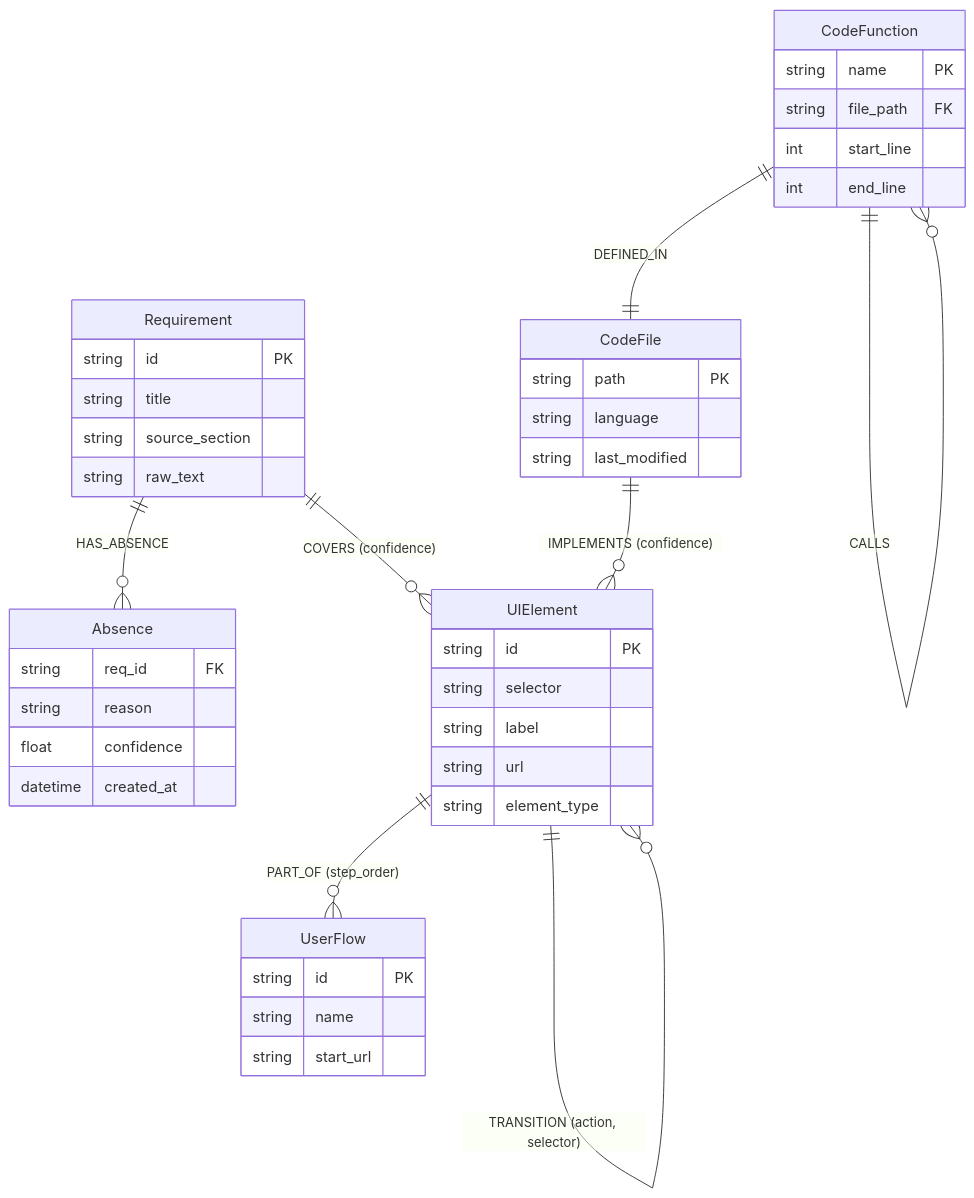
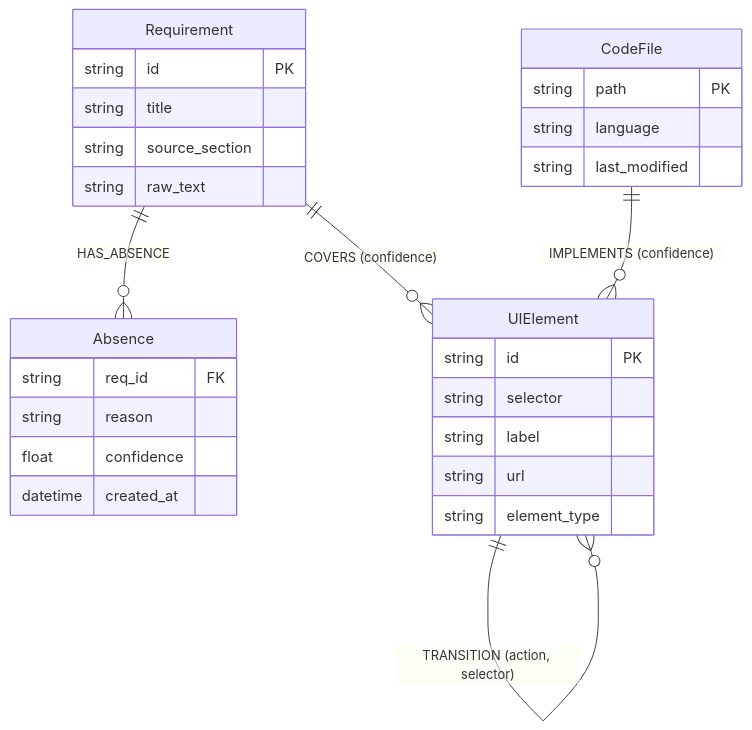
Before and after one commit to snowsanta/testsigma: the third of 10 diagrams in design_doc.md, drawn with Mermaid. The commit also changed other lines of this file and 12 other files, not shown here.

````diff
--- a/design_doc.md
+++ b/design_doc.md
@@ -141,46 +142,32 @@
 ```mermaid
 erDiagram
     Requirement {
         string id PK
         string title
         string source_section
         string raw_text
     }
     Absence {
         string req_id FK
         string reason
         float confidence
         datetime created_at
     }
     UIElement {
         string id PK
         string selector
         string label
         string url
         string element_type
     }
-    UserFlow {
-        string id PK
-        string name
-        string start_url
-    }
     CodeFile {
         string path PK
         string language
         string last_modified
     }
-    CodeFunction {
-        string name PK
-        string file_path FK
-        int start_line
-        int end_line
-    }
 
     Requirement ||--o{ Absence : "HAS_ABSENCE"
     Requirement ||--o{ UIElement : "COVERS (confidence)"
-    UIElement ||--o{ UserFlow : "PART_OF (step_order)"
     UIElement ||--o{ UIElement : "TRANSITION (action, selector)"
     CodeFile ||--o{ UIElement : "IMPLEMENTS (confidence)"
-    CodeFunction ||--o{ CodeFunction : "CALLS"
-    CodeFunction ||--|| CodeFile : "DEFINED_IN"
 ```
````
